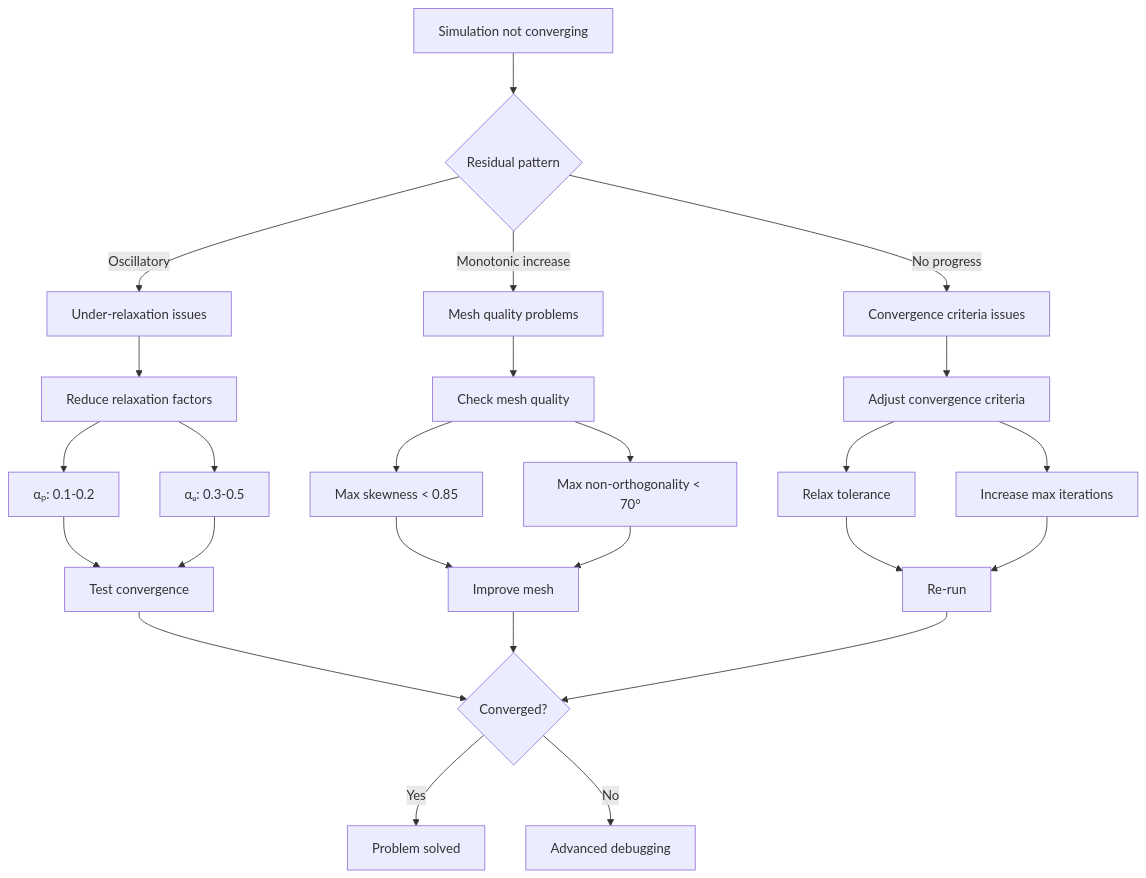
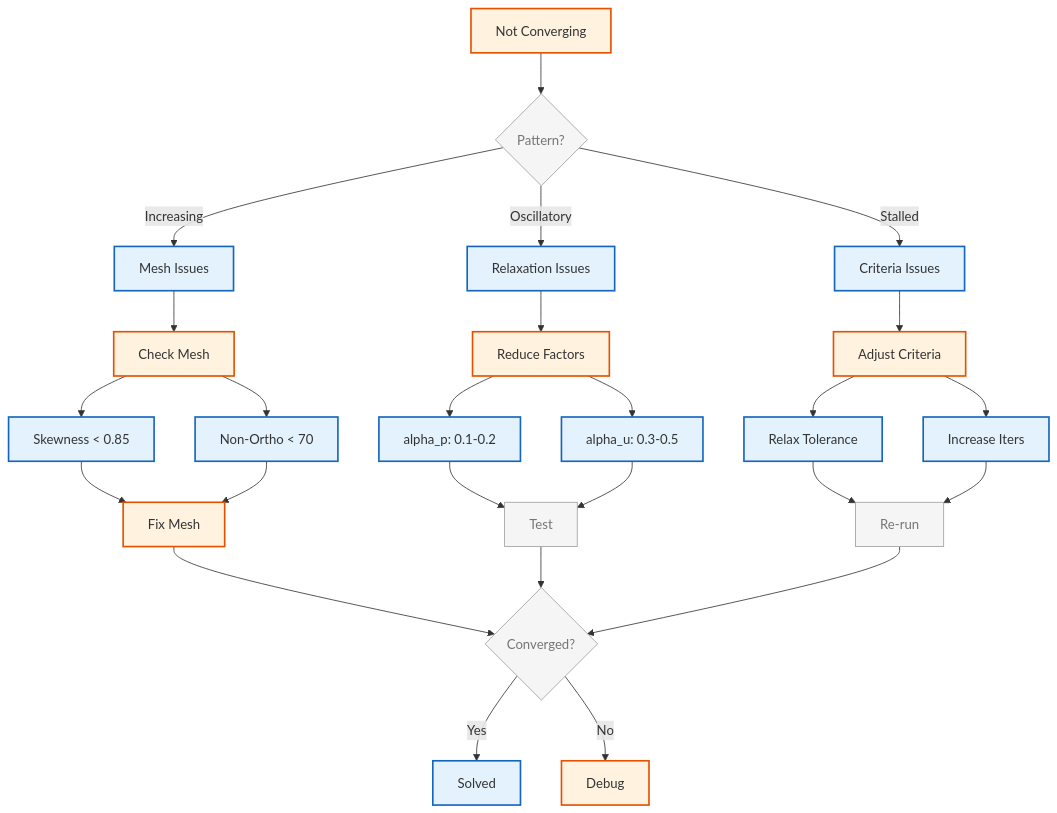
The second of 2 diagrams in MODULE_03_SINGLE_PHASE_FLOW/CONTENT/02_PRESSURE_VELOCITY_COUPLING/02_SIMPLE_Algorithm.md (wramet/build-my-cfd), drawn with Mermaid before and after one commit. The commit also changed other lines of this file and 313 other files, not shown here.

Commit message:
Revise all diagram

````diff
--- a/MODULE_03_SINGLE_PHASE_FLOW/CONTENT/02_PRESSURE_VELOCITY_COUPLING/02_SIMPLE_Algorithm.md
+++ b/MODULE_03_SINGLE_PHASE_FLOW/CONTENT/02_PRESSURE_VELOCITY_COUPLING/02_SIMPLE_Algorithm.md
@@ -631,31 +636,36 @@
 ```mermaid
 flowchart TD
-    A[Simulation not converging] --> B{Residual pattern}
-    B -->|Oscillatory| C[Under-relaxation issues]
-    B -->|Monotonic increase| D[Mesh quality problems]
-    B -->|No progress| E[Convergence criteria issues]
+%% Classes
+classDef explicit fill:#fff3e0,stroke:#e65100,stroke-width:2px;
+classDef implicit fill:#e3f2fd,stroke:#1565c0,stroke-width:2px;
+classDef context fill:#f5f5f5,stroke:#9e9e9e,stroke-width:1px,color:#757575;
+%% Nodes
+A[Not Converging]:::explicit --> B{Pattern?}:::context
+B -->|Oscillatory| C[Relaxation Issues]:::implicit
+B -->|Increasing| D[Mesh Issues]:::implicit
+B -->|Stalled| E[Criteria Issues]:::implicit
 
-    C --> F[Reduce relaxation factors]
-    F --> F1[αₚ: 0.1-0.2]
-    F --> F2[αᵤ: 0.3-0.5]
-    F1 --> G[Test convergence]
-    F2 --> G
+C --> F[Reduce Factors]:::explicit
+F --> F1[alpha_p: 0.1-0.2]:::implicit
+F --> F2[alpha_u: 0.3-0.5]:::implicit
 
-    D --> H[Check mesh quality]
-    H --> H1[Max skewness < 0.85]
-    H --> H2[Max non-orthogonality < 70°]
-    H1 --> I[Improve mesh]
-    H2 --> I
+D --> H[Check Mesh]:::explicit
+H --> H1[Skewness < 0.85]:::implicit
+H --> H2[Non-Ortho < 70]:::implicit
+H1 --> I[Fix Mesh]:::explicit
+H2 --> I
 
-    E --> J[Adjust convergence criteria]
-    J --> J1[Relax tolerance]
-    J --> J2[Increase max iterations]
-    J1 --> K[Re-run]
-    J2 --> K
+E --> J[Adjust Criteria]:::explicit
+J --> J1[Relax Tolerance]:::implicit
+J --> J2[Increase Iters]:::implicit
 
-    G --> L{Converged?}
-    I --> L
-    K --> L
-    L -->|Yes| M[Problem solved]
-    L -->|No| N[Advanced debugging]
+F1 --> G[Test]:::context
+F2 --> G
+I --> L{Converged?}:::context
+J1 --> K[Re-run]:::context
+J2 --> K
+G --> L
+K --> L
+L -->|Yes| M[Solved]:::implicit
+L -->|No| N[Debug]:::explicit
 ```
````
